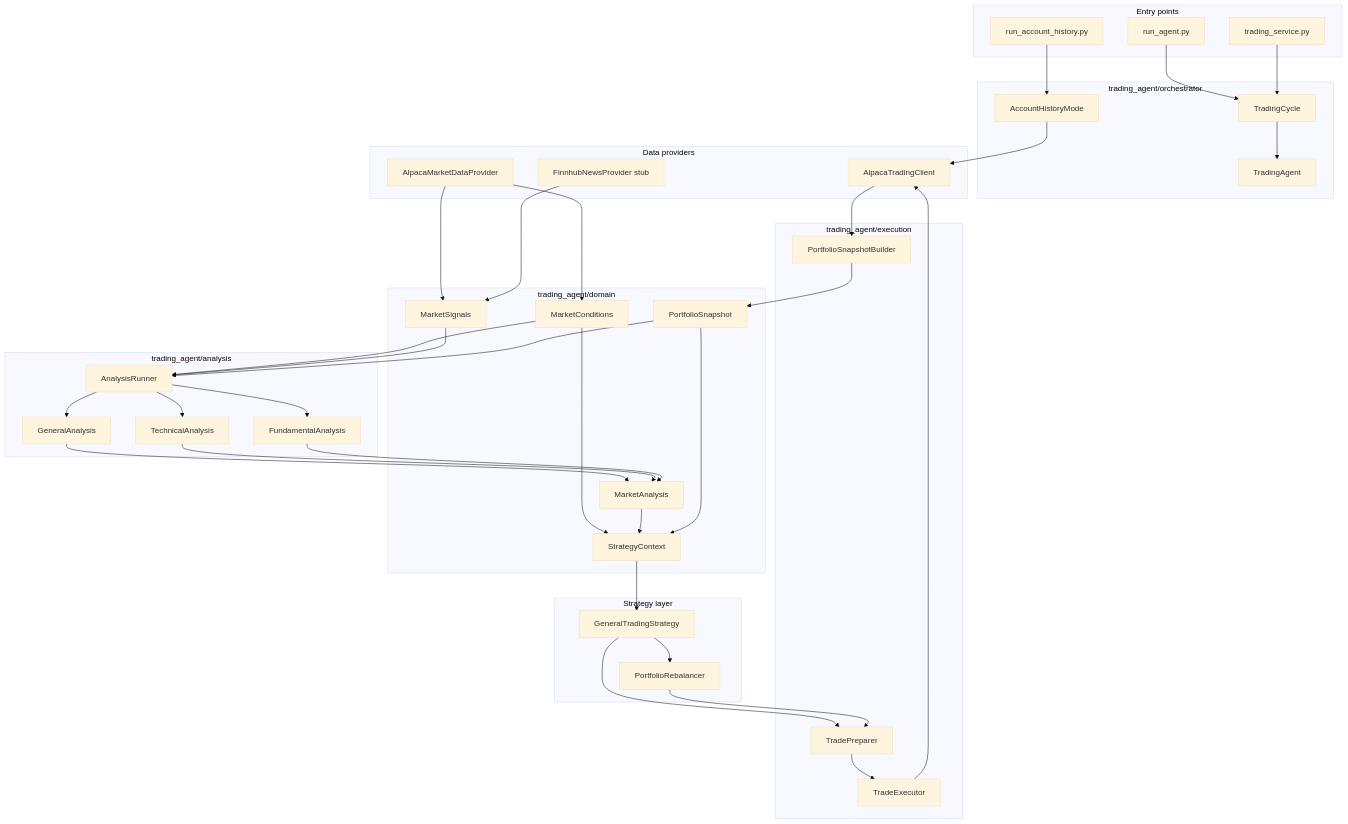
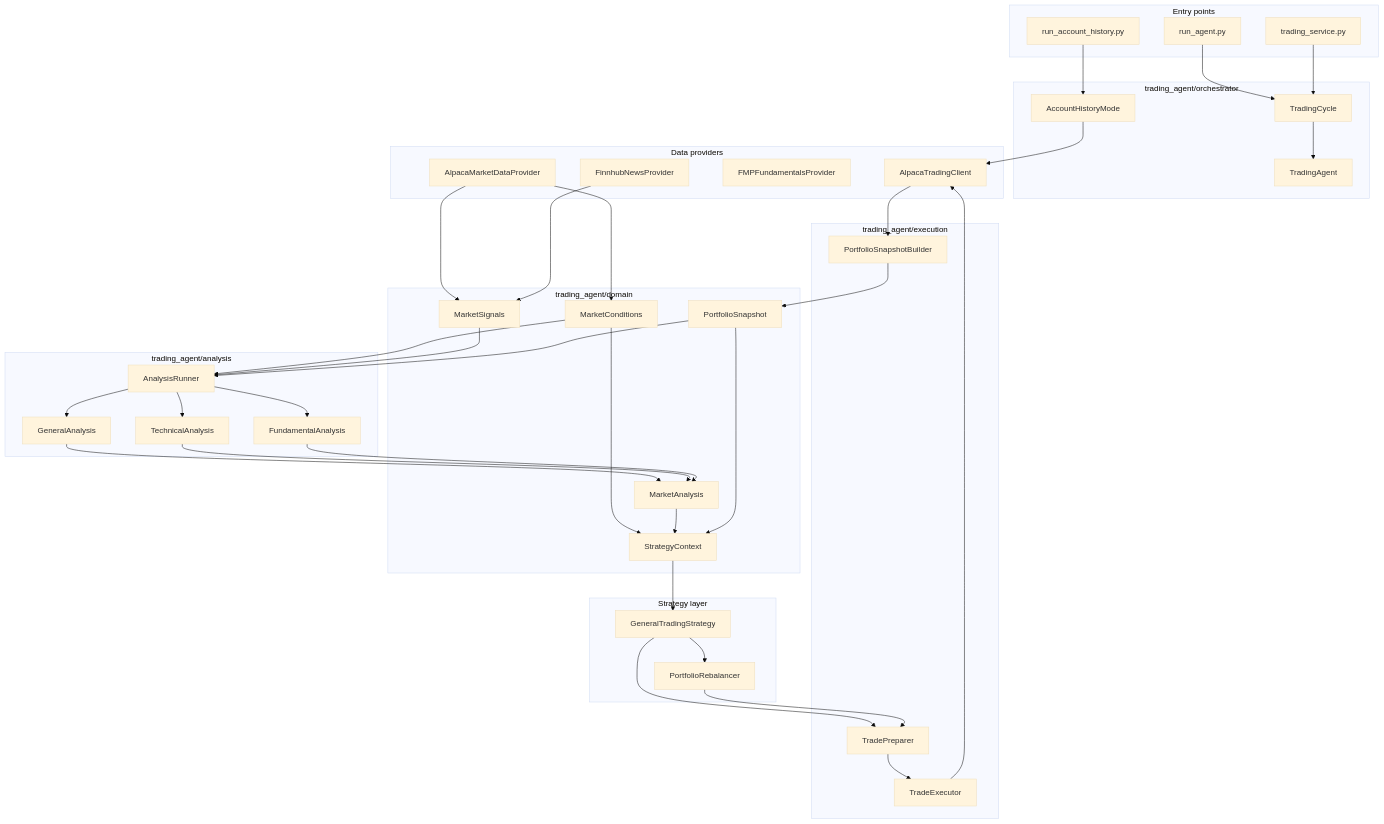
The first of 2 diagrams in docs/PROJECT_PLAN.md (yetigong/trading-agent), drawn with Mermaid (base theme) before and after one commit. The commit also changed other lines of this file and 55 other files, not shown here.

````diff
--- a/docs/PROJECT_PLAN.md
+++ b/docs/PROJECT_PLAN.md
@@ -11,69 +11,70 @@
 ```mermaid
 flowchart TB
     subgraph entry [Entry points]
         RA[run_agent.py]
         RAH[run_account_history.py]
         TS[trading_service.py]
     end
 
     subgraph orchestrator [trading_agent/orchestrator]
         TC[TradingCycle]
         TA[TradingAgent]
         AHM[AccountHistoryMode]
     end
 
     subgraph domain [trading_agent/domain]
         MC[MarketConditions]
         MS[MarketSignals]
         PS[PortfolioSnapshot]
         MA[MarketAnalysis]
         SC[StrategyContext]
     end
 
     subgraph dataProviders [Data providers]
         ALP_MD[AlpacaMarketDataProvider]
-        FIN[FinnhubNewsProvider stub]
+        FIN[FinnhubNewsProvider]
+        FMP[FMPFundamentalsProvider]
         ALP_BRK[AlpacaTradingClient]
     end
 
     subgraph analysis [trading_agent/analysis]
         AR[AnalysisRunner]
         GEN[GeneralAnalysis]
         TECH[TechnicalAnalysis]
         FUND[FundamentalAnalysis]
     end
 
     subgraph strategy [Strategy layer]
         STR[GeneralTradingStrategy]
         REB[PortfolioRebalancer]
     end
 
     subgraph execution [trading_agent/execution]
         PSB[PortfolioSnapshotBuilder]
         PRE[TradePreparer]
         EXT[TradeExecutor]
     end
 
     RA --> TC --> TA
     TS --> TC
     RAH --> AHM --> ALP_BRK
 
     ALP_MD --> MC
     ALP_MD --> MS
     FIN --> MS
     ALP_BRK --> PSB --> PS
 
     MC --> AR
     MS --> AR
     PS --> AR
     AR --> GEN --> MA
     AR --> TECH --> MA
     AR --> FUND --> MA
 
     MC --> SC
     MA --> SC
     PS --> SC
     SC --> STR --> PRE
     STR --> REB --> PRE
     PRE --> EXT --> ALP_BRK
 ```
````
